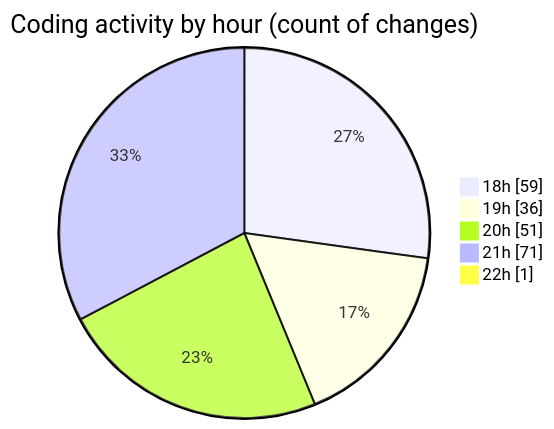
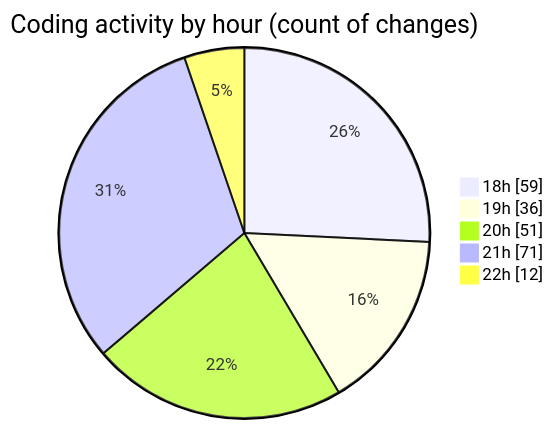
The second of 2 diagrams in 2025-04-02/back-end/README.md (Netris89/code-tracking), drawn with Mermaid before and after one commit. The commit also changed other lines of this file and 1 other file, not shown here.

````diff
--- a/2025-04-02/back-end/README.md
+++ b/2025-04-02/back-end/README.md
@@ -42,9 +42,9 @@
 ```mermaid
 pie showData
 title Coding activity by hour (count of changes)
 "18h" : 59
 "19h" : 36
 "20h" : 51
 "21h" : 71
-"22h" : 1
+"22h" : 12
 ```
````
